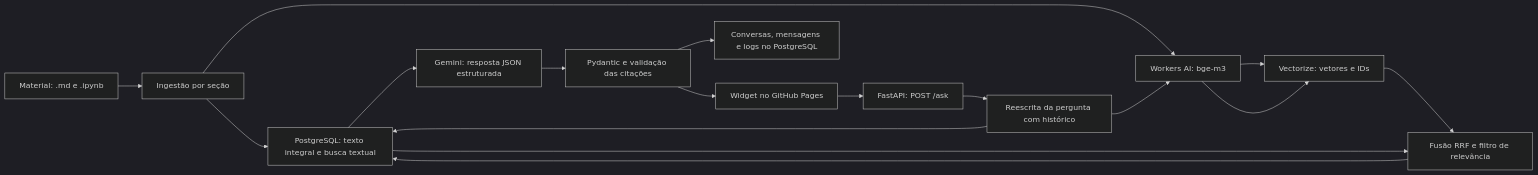
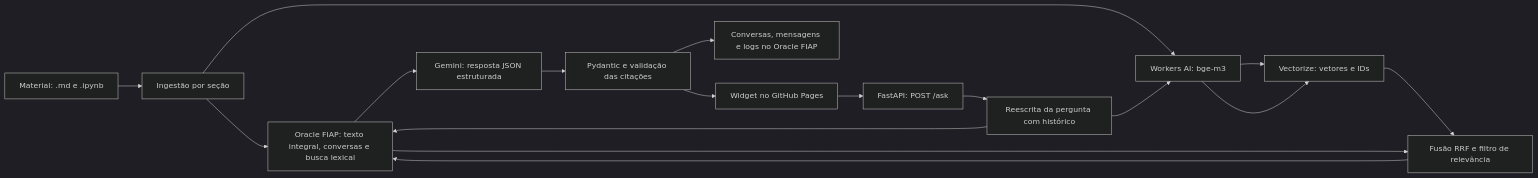
The diagram in arquitetura-rag.md (KelsonZh0/DisruptiveArchitectures), drawn with Mermaid (dark theme) before and after one commit. The commit also changed other lines of this file and 41 other files, not shown here.

Commit message:
feat: add backend RAG services, database schema, and documentation updates

````diff
--- a/arquitetura-rag.md
+++ b/arquitetura-rag.md
@@ -19,20 +19,20 @@
 ```mermaid
 flowchart LR
     A["Material: .md e .ipynb"] --> B["Ingestão por seção"]
-    B --> C["PostgreSQL: texto integral e busca textual"]
+    B --> C["Oracle FIAP: texto integral, conversas e busca lexical"]
     B --> D["Workers AI: bge-m3"]
     D --> E["Vectorize: vetores e IDs"]
 
     F["Widget no GitHub Pages"] --> G["FastAPI: POST /ask"]
     G --> H["Reescrita da pergunta com histórico"]
     H --> D
     H --> C
     D --> E
     E --> I["Fusão RRF e filtro de relevância"]
     C --> I
     I --> C
     C --> J["Gemini: resposta JSON estruturada"]
     J --> K["Pydantic e validação das citações"]
     K --> F
-    K --> L["Conversas, mensagens e logs no PostgreSQL"]
+    K --> L["Conversas, mensagens e logs no Oracle FIAP"]
 ```
````
